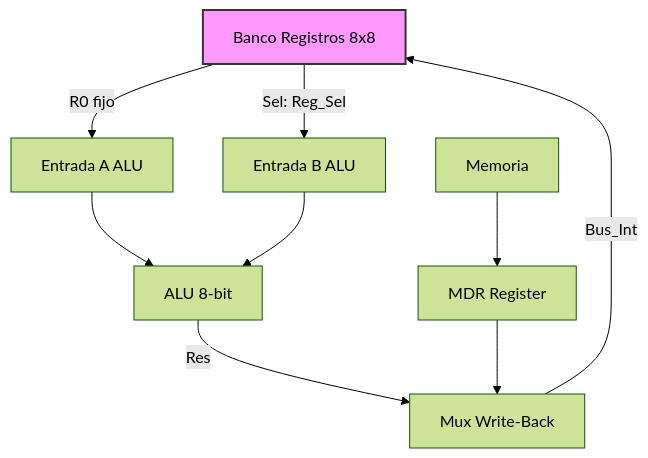
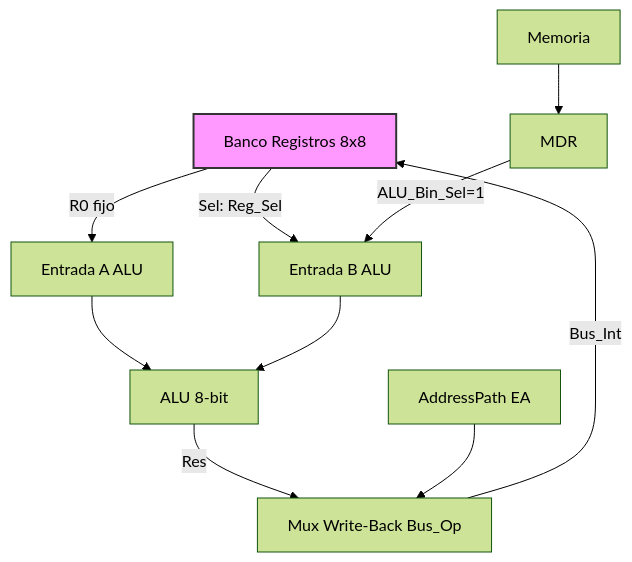
One commit to julian1c2a/processor-8bits changed the diagram in processor/DataPath.md. Above: the diagram before and after it, drawn with Mermaid (forest theme). The commit also changed other lines of this file and 11 other files, not shown here.

````diff
--- a/processor/DataPath.md
+++ b/processor/DataPath.md
@@ -17,12 +29,12 @@
 ```mermaid
 graph TD
     RF[Banco Registros 8x8] -->|R0 fijo| ALU_A[Entrada A ALU]
     RF -->|Sel: Reg_Sel| ALU_B[Entrada B ALU]
+    MDR[MDR] -->|ALU_Bin_Sel=1| ALU_B
     ALU_A & ALU_B --> ALU[ALU 8-bit]
-    ALU -->|Res| MUX_WB[Mux Write-Back]
-    MEM[Memoria] --> MDR[MDR Register]
-    MDR --> MUX_WB
+    ALU -->|Res| MUX_WB[Mux Write-Back Bus_Op]
+    MEM[Memoria] --> MDR
+    EA[AddressPath EA] --> MUX_WB
     MUX_WB -->|Bus_Int| RF
-    
     style RF fill:#f9f,stroke:#333,stroke-width:2px
 ```
````
